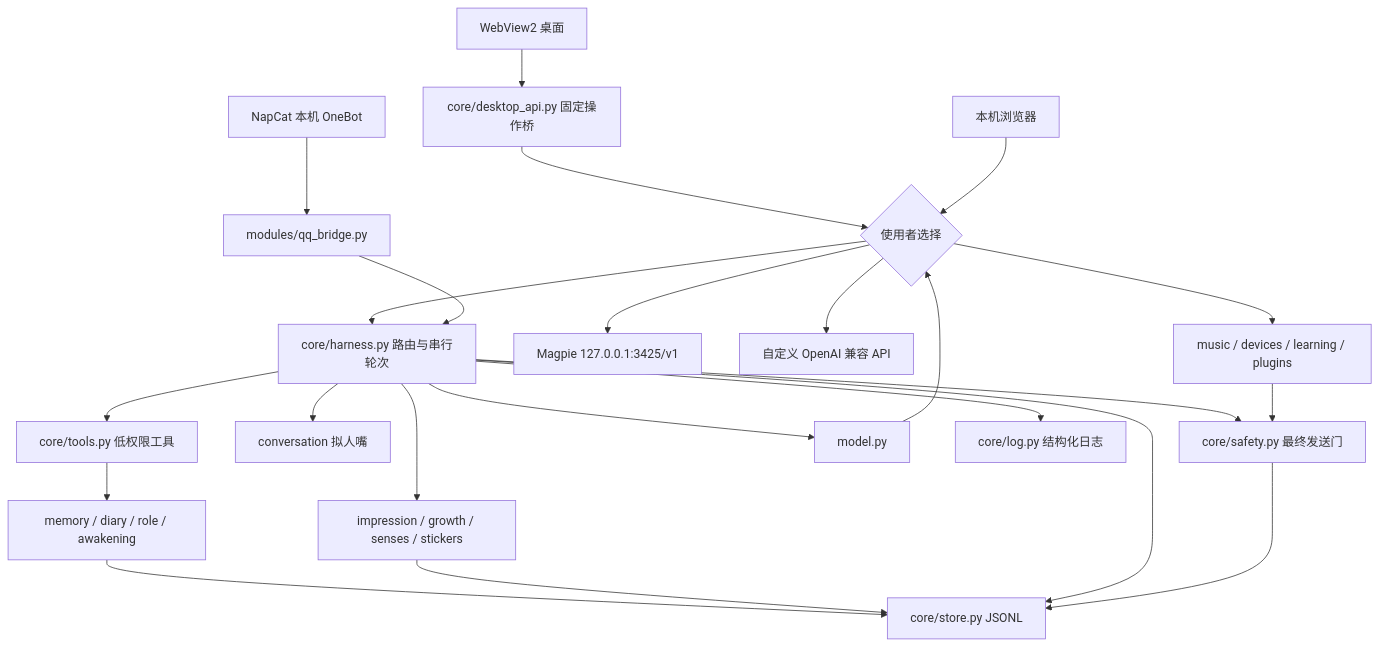
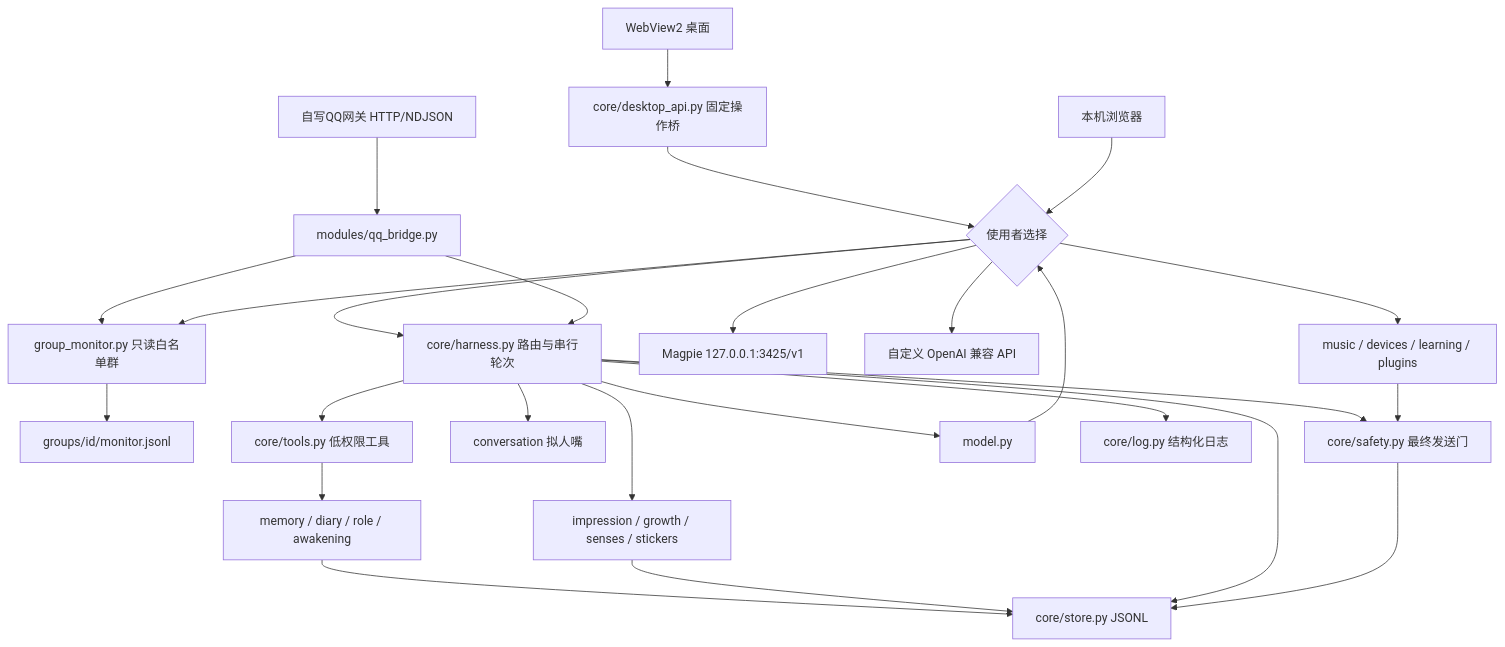
The diagram in 架构文档.md (TakoIsZen22/QQ-ChatBot), drawn with Mermaid before and after one commit. The commit also changed other lines of this file and 98 other files, not shown here.

````diff
--- a/架构文档.md
+++ b/架构文档.md
@@ -5,25 +5,28 @@
 ```mermaid
 flowchart TD
   DESK[WebView2 桌面] --> BRIDGE[core/desktop_api.py 固定操作桥]
   BRIDGE --> API
   UI[本机浏览器] --> API[channel/local_ui.py]
-  QQ[NapCat 本机 OneBot] --> BR[modules/qq_bridge.py]
+  QQ[自写QQ网关 HTTP/NDJSON] --> BR[modules/qq_bridge.py]
+  BR --> GM[group_monitor.py 只读白名单群]
+  GM --> GROUPS[groups/id/monitor.jsonl]
+  API --> GM
   API --> H[core/harness.py 路由与串行轮次]
   BR --> H
   H --> SAFE[core/safety.py 最终发送门]
   H --> CONV[conversation 拟人嘴]
   H --> DISP[core/tools.py 低权限工具]
   H --> MODEL[model.py]
   MODEL --> API{使用者选择}
   API --> MAG[Magpie 127.0.0.1:3425/v1]
   API --> CUSTOM[自定义 OpenAI 兼容 API]
   DISP --> MEM[memory / diary / role / awakening]
   H --> AUX[impression / growth / senses / stickers]
   API --> HIGH[music / devices / learning / plugins]
   HIGH --> SAFE
   MEM --> STORE[core/store.py JSONL]
   AUX --> STORE
   H --> STORE
   SAFE --> STORE
   H --> LOG[core/log.py 结构化日志]
 ```
````
